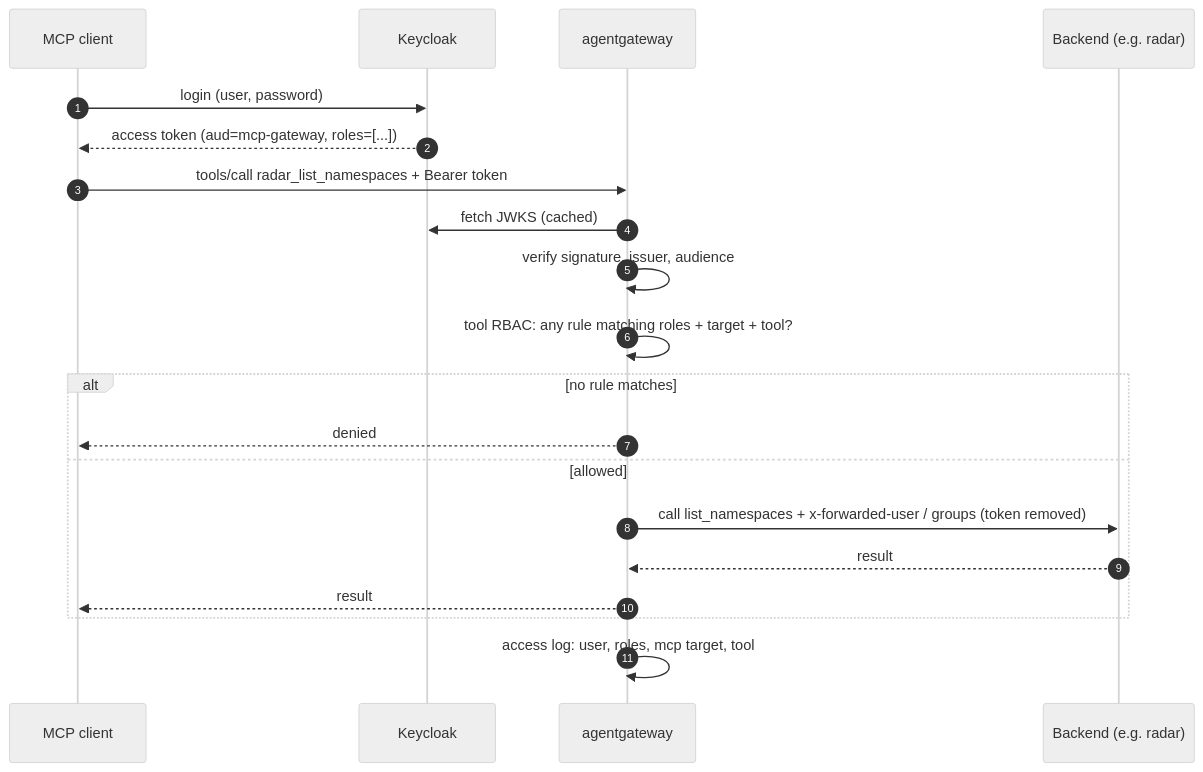
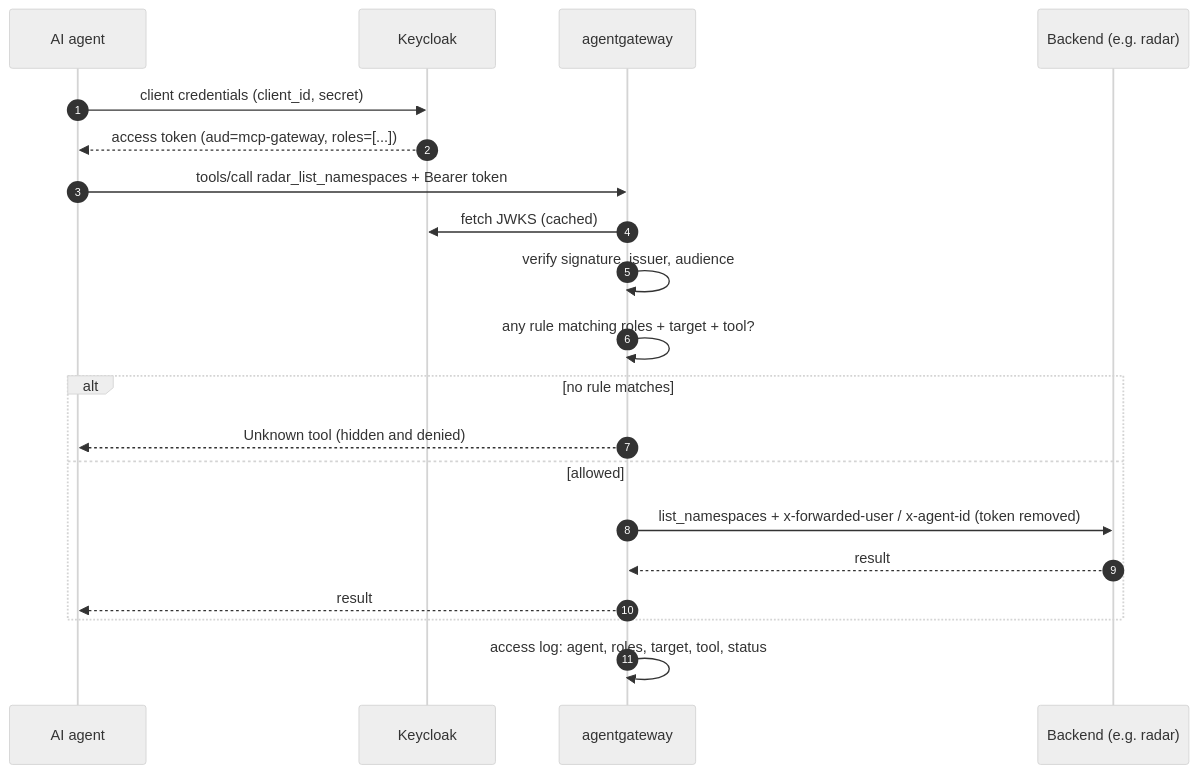
One commit to QuanVongHuu/MCP-gateway-rbac changed the diagram in README.md. Above: the diagram before and after it, drawn with Mermaid (neutral theme). The commit also changed other lines of this file, not shown here.

Commit message:
docs(readme): rewrite README with thesis diagrams and results

````diff
--- a/README.md
+++ b/README.md
@@ -80,23 +50,23 @@
 ```mermaid
 sequenceDiagram
     autonumber
-    participant C as MCP client
+    participant A as AI agent
     participant K as Keycloak
     participant G as agentgateway
     participant B as Backend (e.g. radar)
 
-    C->>K: login (user, password)
-    K-->>C: access token (aud=mcp-gateway, roles=[...])
-    C->>G: tools/call radar_list_namespaces + Bearer token
+    A->>K: client credentials (client_id, secret)
+    K-->>A: access token (aud=mcp-gateway, roles=[...])
+    A->>G: tools/call radar_list_namespaces + Bearer token
     G->>K: fetch JWKS (cached)
     G->>G: verify signature, issuer, audience
-    G->>G: tool RBAC: any rule matching roles + target + tool?
+    G->>G: any rule matching roles + target + tool?
     alt no rule matches
-        G-->>C: denied
+        G-->>A: Unknown tool (hidden and denied)
     else allowed
-        G->>B: call list_namespaces + x-forwarded-user / groups (token removed)
+        G->>B: list_namespaces + x-forwarded-user / x-agent-id (token removed)
         B-->>G: result
-        G-->>C: result
+        G-->>A: result
     end
-    G->>G: access log: user, roles, mcp target, tool
+    G->>G: access log: agent, roles, target, tool, status
 ```
````
